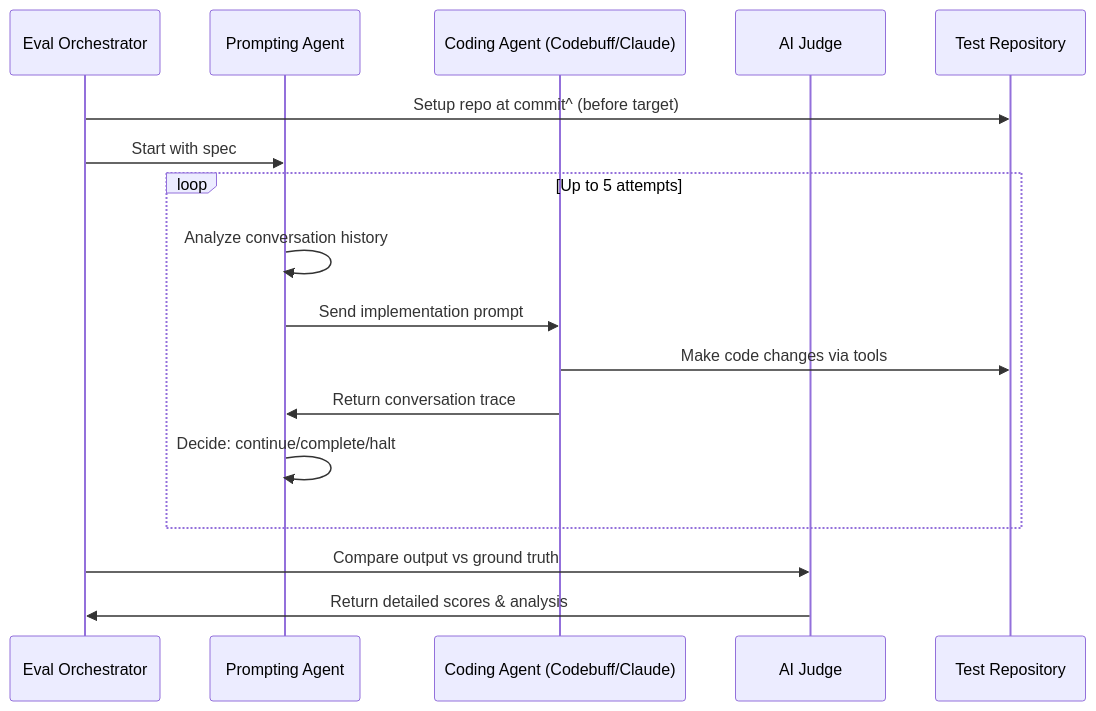
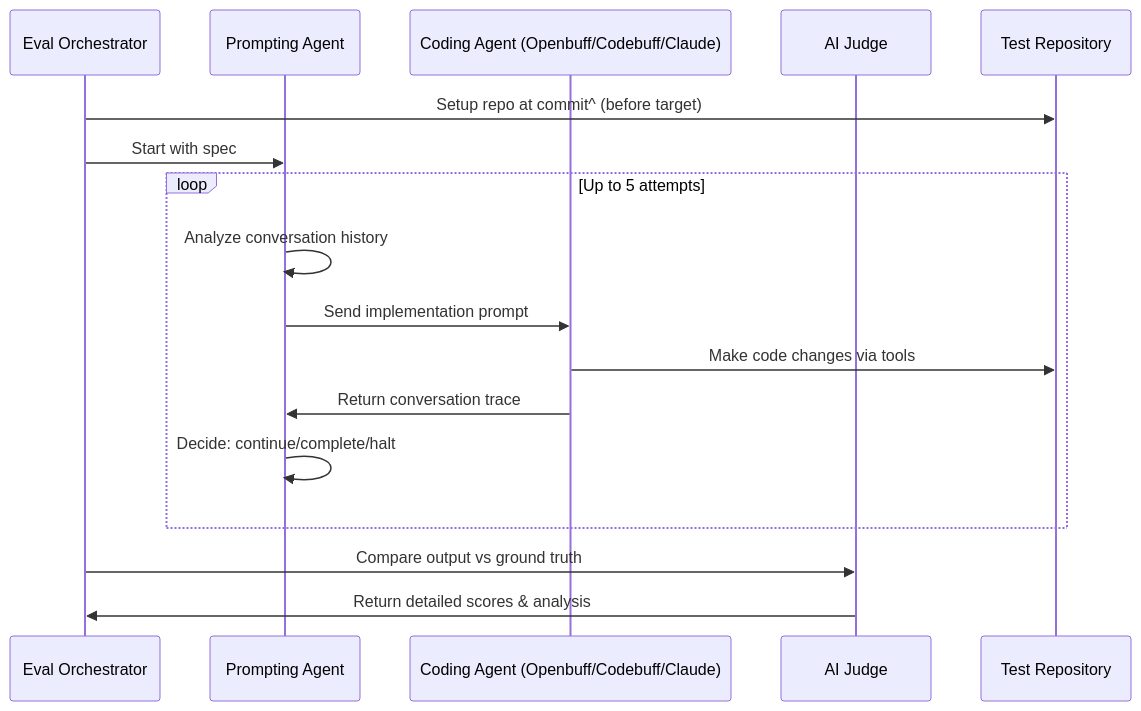
Before and after one commit to CodebuffAI/codebuff: the diagram in evals/README.md, drawn with Mermaid. The commit also changed other lines of this file and 118 other files, not shown here.

````diff
--- a/evals/README.md
+++ b/evals/README.md
@@ -56,22 +56,22 @@
 ```mermaid
 sequenceDiagram
     participant Orchestrator as Eval Orchestrator
     participant PromptAgent as Prompting Agent
-    participant CodingAgent as Coding Agent (Codebuff/Claude)
+    participant CodingAgent as Coding Agent (Openbuff/Codebuff/Claude)
     participant Judge as AI Judge
     participant Repo as Test Repository
 
     Orchestrator->>Repo: Setup repo at commit^ (before target)
     Orchestrator->>PromptAgent: Start with spec
 
     loop Up to 5 attempts
         PromptAgent->>PromptAgent: Analyze conversation history
         PromptAgent->>CodingAgent: Send implementation prompt
         CodingAgent->>Repo: Make code changes via tools
         CodingAgent->>PromptAgent: Return conversation trace
         PromptAgent->>PromptAgent: Decide: continue/complete/halt
     end
 
     Orchestrator->>Judge: Compare output vs ground truth
     Judge->>Orchestrator: Return detailed scores & analysis
 ```
````
